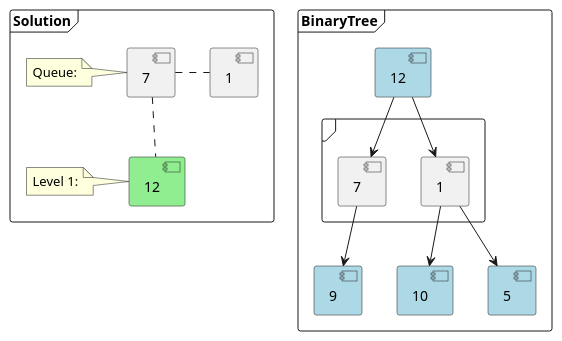
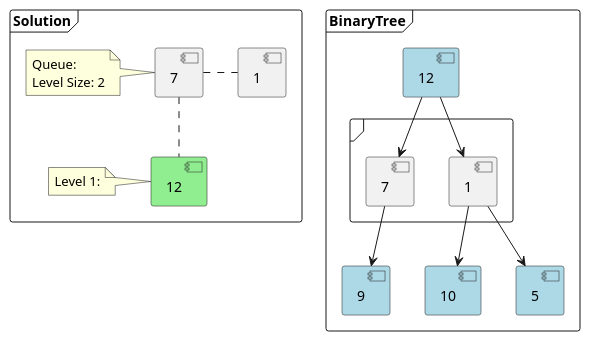
Before and after one commit to computer-science-engineering/learning-computer-science: the sixth of 9 diagrams in src/EducativeIo/GrokkingTheCodingInterview/Ch08_TreeBreadthFirstSearch/P1_BinaryTreeLevelOrderTraversal/readme.md, drawn with PlantUML. The commit also changed other lines of this file and 2 other files, not shown here.

Commit message:
Binary Tree Level Order Traversal

````diff
--- a/src/EducativeIo/GrokkingTheCodingInterview/Ch08_TreeBreadthFirstSearch/P1_BinaryTreeLevelOrderTraversal/readme.md
+++ b/src/EducativeIo/GrokkingTheCodingInterview/Ch08_TreeBreadthFirstSearch/P1_BinaryTreeLevelOrderTraversal/readme.md
@@ -180,47 +180,48 @@
 ```plantuml
 @startuml
 frame "Solution" {
     component 7_1 [
         7
     ]
     component 1_1 [
         1
     ]
     note left of 7_1
     Queue:
+    Level Size: 2
     end note
     7_1 . 1_1
 
     component 12_2 #lightgreen [
         12
     ]
     note left of 12_2
     Level 1:
     end note
 
     7_1 .. 12_2
 }
 
 frame "BinaryTree" {
     component [9]
     component [10]
     component [5]
 
     frame " " {
         component [7]
         component [1]
     }
 
     [12] --> [7]
     [12] --> [1]
     [7] --> [9]
     [1] --> [10]
     [1] --> [5]
 
     component [12] #lightblue
     component [9] #lightblue
     component [10] #lightblue
     component [5] #lightblue
 }
 @enduml
 ```
````
